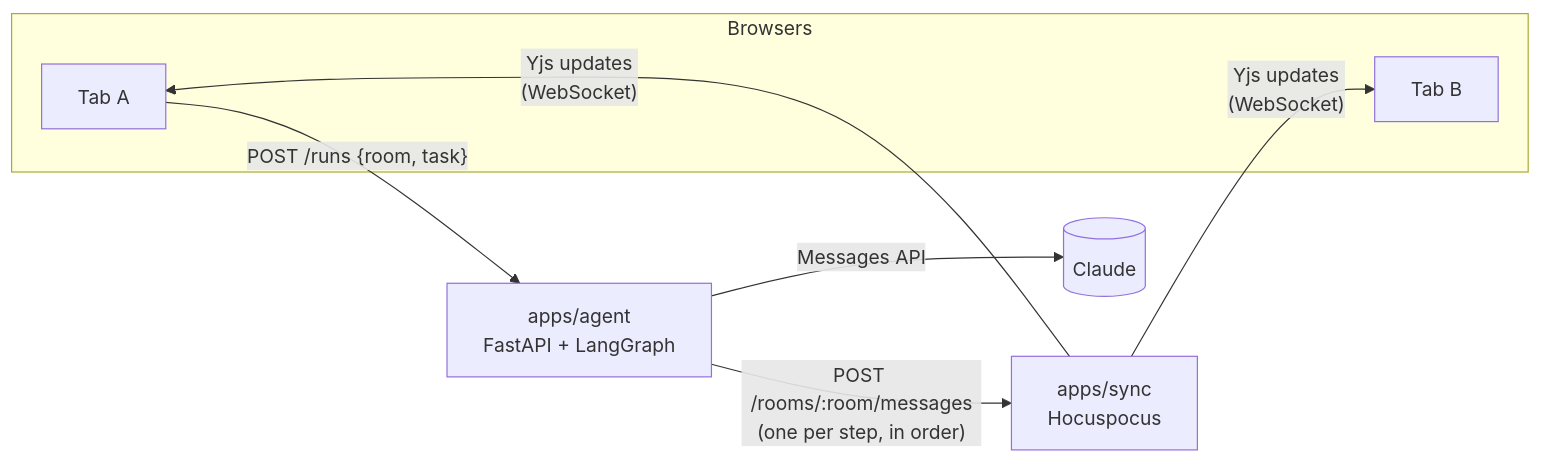
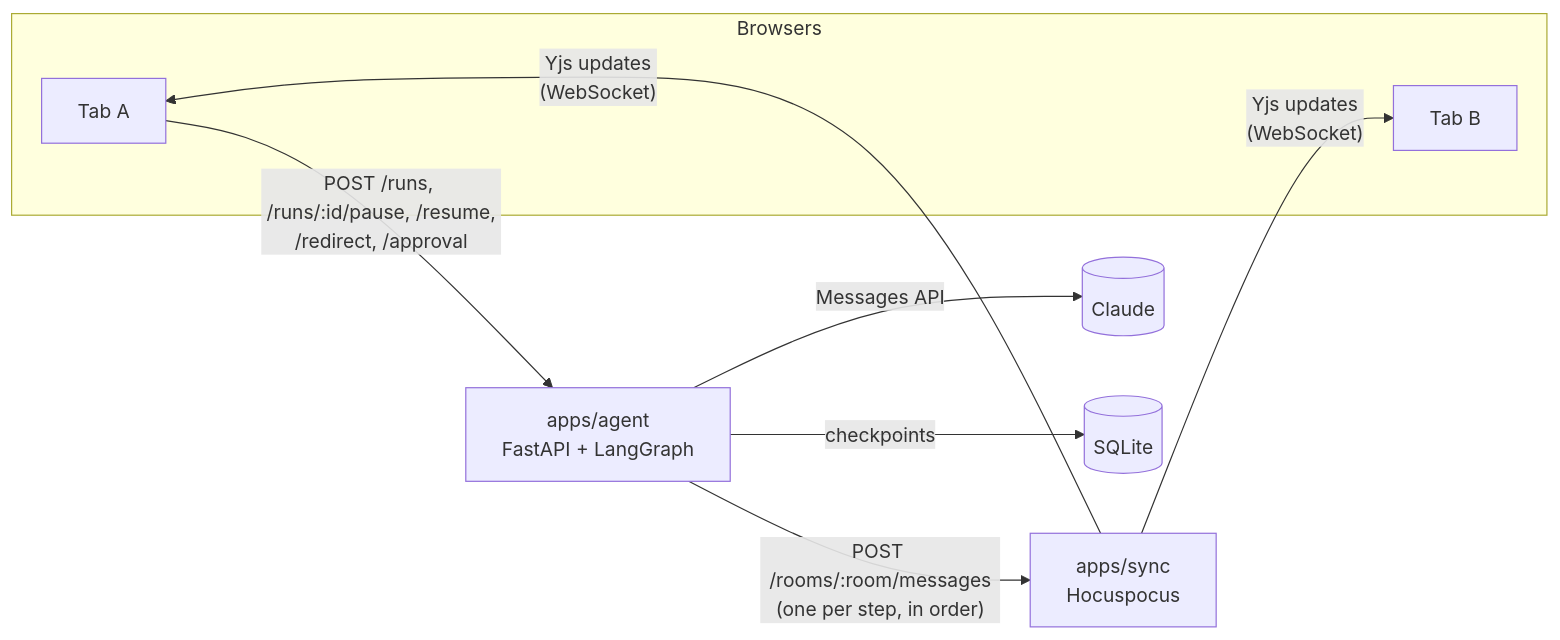
The diagram in README.md (gseversen/bring-a-friend), drawn with Mermaid before and after one commit. The commit also changed other lines of this file, not shown here.

````diff
--- a/README.md
+++ b/README.md
@@ -23,12 +30,13 @@
 ```mermaid
 flowchart LR
   subgraph Browsers
     A[Tab A]
     B[Tab B]
   end
-  A -- "POST /runs {room, task}" --> Agent
+  A -- "POST /runs, /runs/:id/pause, /resume,<br/>/redirect, /approval" --> Agent
   Agent["apps/agent<br/>FastAPI + LangGraph"] -- "POST /rooms/:room/messages<br/>(one per step, in order)" --> Sync
   Sync["apps/sync<br/>Hocuspocus"] -- "Yjs updates<br/>(WebSocket)" --> A
   Sync -- "Yjs updates<br/>(WebSocket)" --> B
   Agent -- "Messages API" --> Claude[(Claude)]
+  Agent -- "checkpoints" --> DB[(SQLite)]
 ```
````
